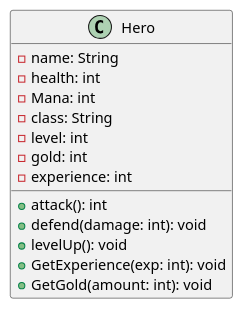
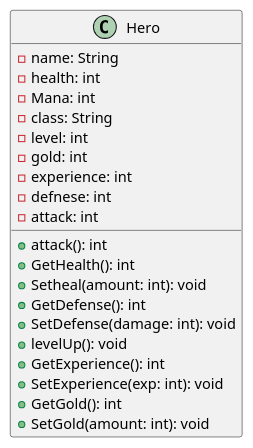
One commit to JosefG50/2203-Legends-of-Sword-and-Wand changed the diagram in PlantUML/sequence.plantuml. Above: the diagram before and after it, drawn with PlantUML.

```diff
--- a/PlantUML/sequence.plantuml
+++ b/PlantUML/sequence.plantuml
@@ -1,29 +1,36 @@
 @startuml
 class Hero {
     - name: String
     - health: int
     - Mana: int
     - class: String
     - level: int
     - gold: int
     - experience: int
+    - defnese: int
+    - attack: int
     + attack(): int
-    + defend(damage: int): void
-    + levelUp(): void
-    + GetExperience(exp: int): void
-    + GetGold(amount: int): void
+    + GetHealth(): int
+    + Setheal(amount: int): void
+    + GetDefense(): int
+    + SetDefense(damage: int): void
+    + levelUp(): void 
+    + GetExperience(): int
+    + SetExperience(exp: int): void
+    + GetGold(): int
+    + SetGold(amount: int): void
 }
 
 'Order' <|-- Hero : +5 Mana
 'Order' <|-- Hero : +2 Defense
 'Order' <|-- Hero : Heals/Shields
 'Chaos' <|-- Hero : +3 Attack
 'Chaos' <|-- Hero : +5 HP
 'Chaos' <|-- Hero : Fireball/Lightning
 'Warrior' <|-- Hero : +2 Attack
 'Warrior' <|-- Hero : +3 Defense
 'Warrior' <|-- Hero : Cleave/PHYSICAL
 'Mage' <|-- Hero : +5 Mana
 'Mage' <|-- Hero : +1 Attack
 'Mage' <|-- Hero : Mana Replenish
 @enduml
```
